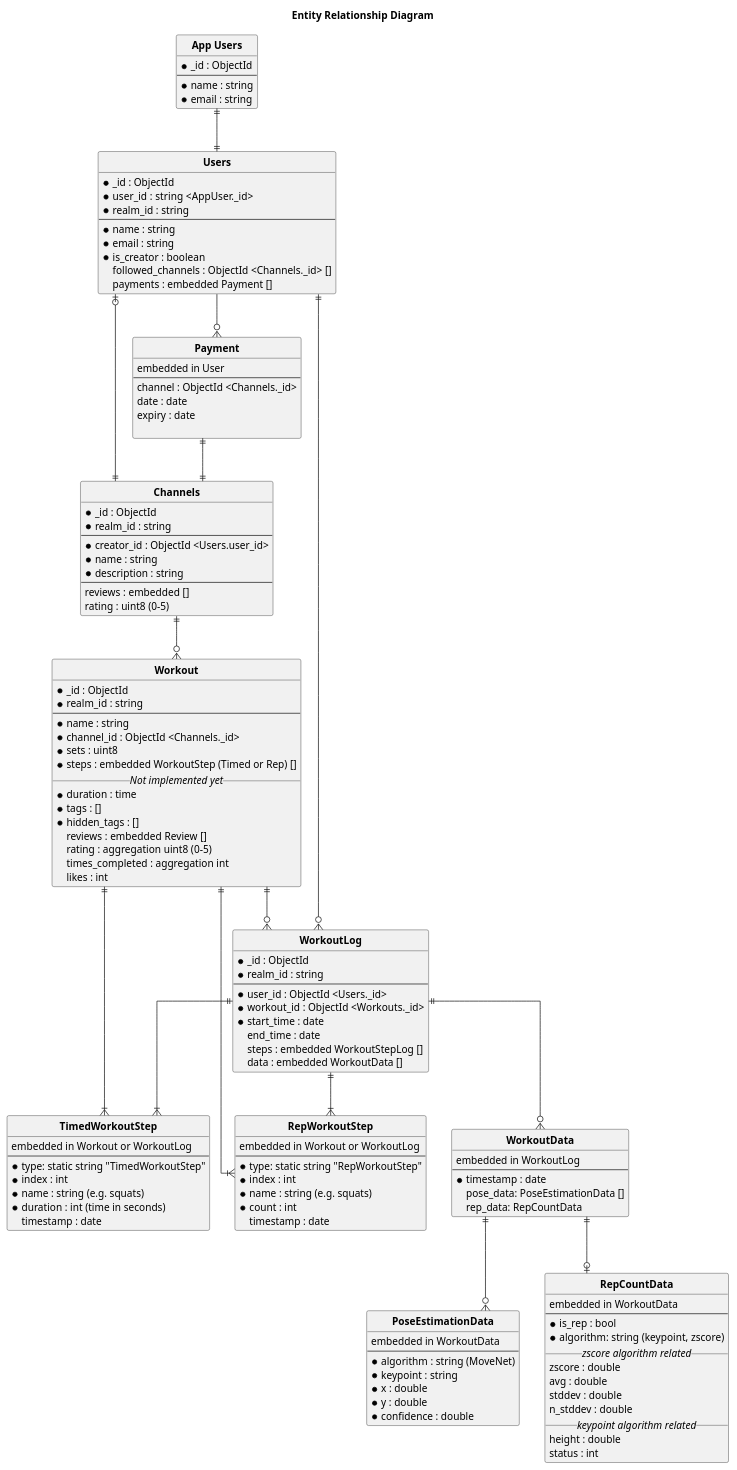
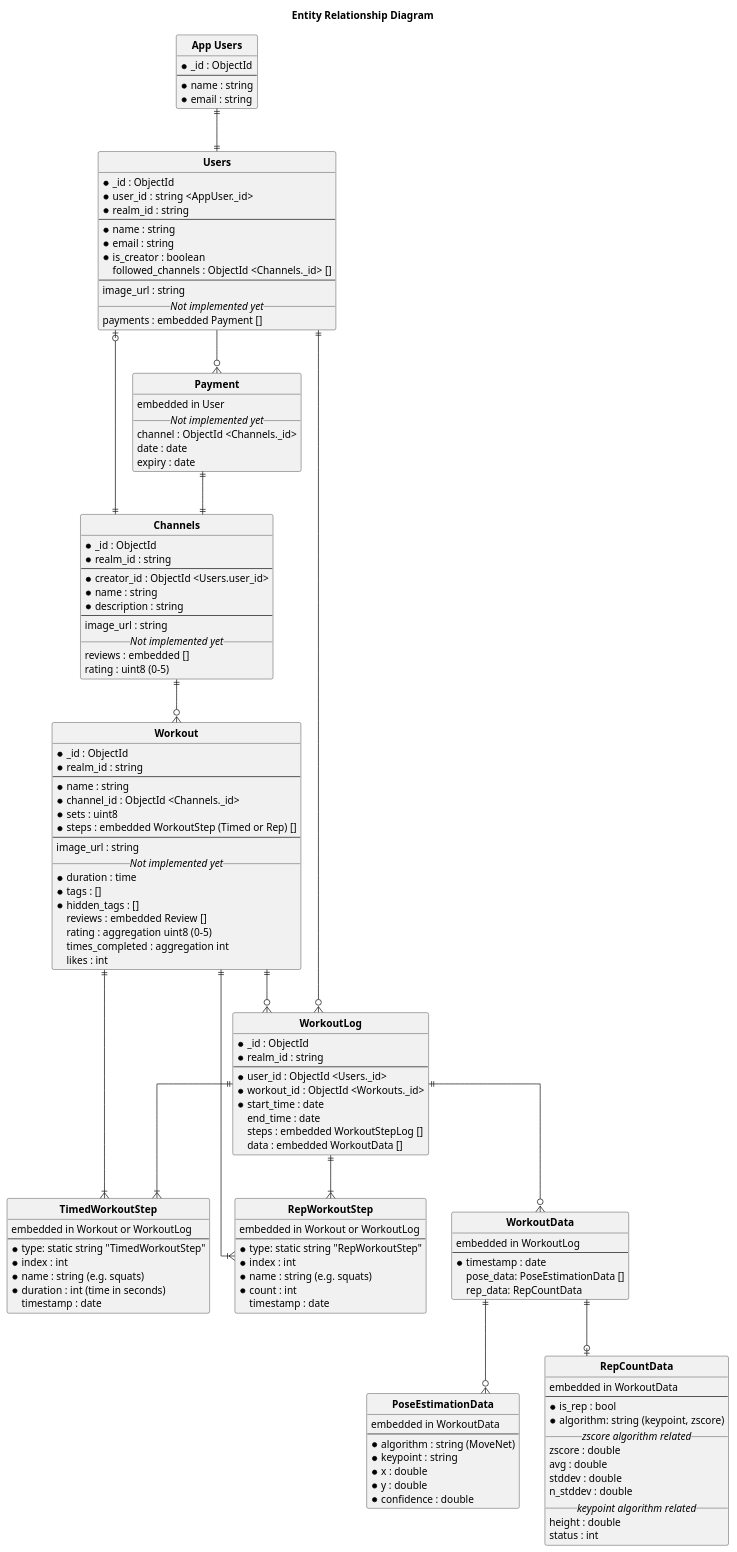
The diagram in docs/diagrams/src/data_schema.puml (wongway/tmp-form-app), drawn with PlantUML before and after one commit. The commit also changed 3 other files, not shown here.

Commit message:
Added image_url to data structures

```diff
--- a/docs/diagrams/src/data_schema.puml
+++ b/docs/diagrams/src/data_schema.puml
@@ -1,156 +1,162 @@
 @startuml data_schema
 
 title Entity Relationship Diagram
 ' Follows the standards in: https://plantuml.com/ie-diagram
 
 hide circle
 skinparam linetype ortho
 
 entity "**App Users**" as AppUser {
     * _id : ObjectId
     ---
     * name : string
     * email : string
 }
 
 entity "**Users**" as User {
     * _id : ObjectId
     * user_id : string <AppUser._id>
     * realm_id : string
     ---
     * name : string
     * email : string
     * is_creator : boolean
     followed_channels : ObjectId <Channels._id> []
+    ---
+    image_url : string
+    __//Not implemented yet//__
     payments : embedded Payment []
 }
 
 entity "**Payment**" as Payment {
     embedded in User
-    ---
+    __//Not implemented yet//__
     channel : ObjectId <Channels._id>
     date : date
     expiry : date
-
 }
 
 entity "**Channels**" as Channel {
     * _id : ObjectId
     ' * channel_id : string
     * realm_id : string
     ---
     * creator_id : ObjectId <Users.user_id>
     * name : string
     * description : string
     ---
+    image_url : string
+    __//Not implemented yet//__
     reviews : embedded []
     rating : uint8 (0-5)
 }
 
 entity "**Workout**" as Workout {
     * _id : ObjectId
     * realm_id : string
     ---
     * name : string
     * channel_id : ObjectId <Channels._id>
     * sets : uint8
     * steps : embedded WorkoutStep (Timed or Rep) []
+    ---
+    image_url : string
     __//Not implemented yet//__
     * duration : time
     * tags : []
     * hidden_tags : []
     reviews : embedded Review []
     rating : aggregation uint8 (0-5)
     times_completed : aggregation int
     likes : int
 }
 
 ' TODO: Probably want some sort of enum for type
 entity "**RepWorkoutStep**" as RepWorkoutStep {
     embedded in Workout or WorkoutLog
     ---
     * type: static string "RepWorkoutStep"
     * index : int
     * name : string (e.g. squats)
     * count : int
     timestamp : date
 }
 
 entity "**TimedWorkoutStep**" as TimedWorkoutStep {
     embedded in Workout or WorkoutLog
     ---
     * type: static string "TimedWorkoutStep"
     * index : int
     * name : string (e.g. squats)
     * duration : int (time in seconds)
     timestamp : date
 }
 
 entity "**WorkoutLog**" as WorkoutLog {
     * _id : ObjectId
     * realm_id : string
     ---
     * user_id : ObjectId <Users._id>
     * workout_id : ObjectId <Workouts._id>
     * start_time : date
     end_time : date
     steps : embedded WorkoutStepLog []
     data : embedded WorkoutData []
 }
 
 entity "**WorkoutData**" as WorkoutData {
     embedded in WorkoutLog
     ---
     * timestamp : date
     pose_data: PoseEstimationData []
     rep_data: RepCountData
 }
 
 entity "**PoseEstimationData**" as PoseEstimationData {
     embedded in WorkoutData
     ---
     * algorithm : string (MoveNet)
     * keypoint : string 
     * x : double
     * y : double
     * confidence : double
 }
 
 entity "**RepCountData**" as RepCountData {
     embedded in WorkoutData
     ---
     * is_rep : bool
     * algorithm: string (keypoint, zscore)
     __//zscore algorithm related//__
     zscore : double
     avg : double
     stddev : double
     n_stddev : double
     __//keypoint algorithm related//__
     height : double
     status : int
 }
 
 AppUser ||--|| User
 
 Workout ||--|{ TimedWorkoutStep
 Workout ||--|{ RepWorkoutStep
 Workout ||--o{ WorkoutLog
 
 WorkoutLog ||--|{ TimedWorkoutStep
 WorkoutLog ||--|{ RepWorkoutStep
 
 User ||--o{ WorkoutLog
 User --o{ Payment
 
 Payment ||--|| Channel
 
 ' Channel has one creator
 ' Users have zero or more followed channels
 Channel ||--o| User
 Channel ||--o{ Workout
 WorkoutLog ||--o{ WorkoutData
 WorkoutData ||--o{ PoseEstimationData
 WorkoutData ||--o| RepCountData
 
 @enduml
```
